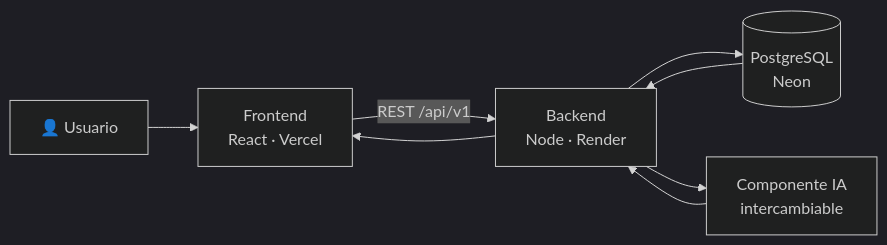
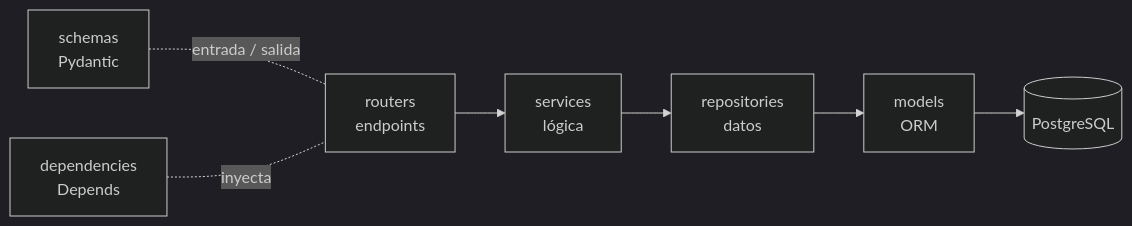
Before and after one commit to Santiago425/decora-ia-backend: the first of 2 diagrams in README.md, drawn with Mermaid (dark theme). The commit also changed other lines of this file and 88 other files, not shown here.

First line of the commit message:
Rebuild backend as Habita with FastAPI

````diff
--- a/README.md
+++ b/README.md
@@ -37,10 +31,9 @@
 ```mermaid
 flowchart LR
-    U[👤 Usuario] --> F[Frontend<br/>React · Vercel]
-    F -->|REST /api/v1| B[Backend<br/>Node · Render]
-    B --> DB[(PostgreSQL<br/>Neon)]
-    B --> IA[Componente IA<br/>intercambiable]
-    IA --> B
-    DB --> B
-    B --> F
+    R[routers<br/>endpoints] --> S[services<br/>lógica]
+    S --> RP[repositories<br/>datos]
+    RP --> M[models<br/>ORM]
+    M --> DB[(PostgreSQL)]
+    SC[schemas<br/>Pydantic] -.entrada / salida.- R
+    D[dependencies<br/>Depends] -.inyecta.- R
 ```
````
